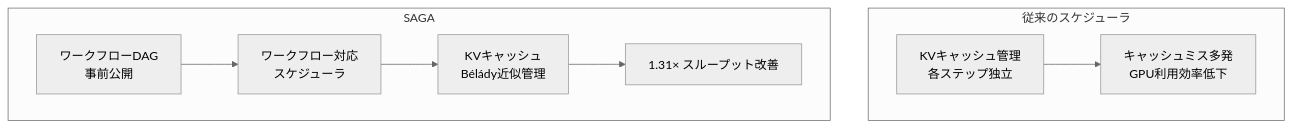
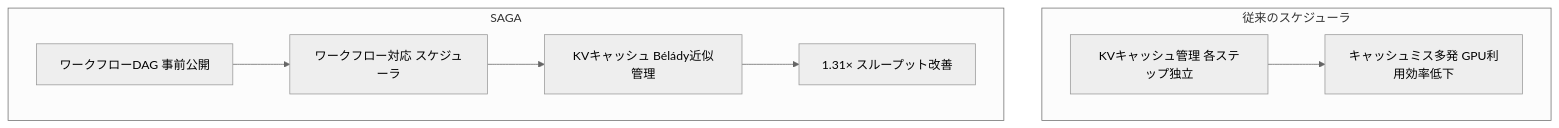
The fourth of 11 diagrams in report_2026-05-05.md (NaoyaKinoshita/llm-agent-digest), drawn with Mermaid (neutral theme) before and after one commit.

````diff
--- a/report_2026-05-05.md
+++ b/report_2026-05-05.md
@@ -158,13 +158,13 @@
 ```mermaid
 graph TD
     subgraph "従来のスケジューラ"
-        OLD[KVキャッシュ管理\n各ステップ独立]
-        OLD --> MISS[キャッシュミス多発\nGPU利用効率低下]
+        OLD[KVキャッシュ管理 各ステップ独立]
+        OLD --> MISS[キャッシュミス多発 GPU利用効率低下]
     end
     subgraph "SAGA"
-        DAG[ワークフローDAG\n事前公開]
-        DAG --> SCHED[ワークフロー対応\nスケジューラ]
-        SCHED --> CACHE[KVキャッシュ\nBélády近似管理]
+        DAG[ワークフローDAG 事前公開]
+        DAG --> SCHED[ワークフロー対応 スケジューラ]
+        SCHED --> CACHE[KVキャッシュ Bélády近似管理]
         CACHE --> PERF[1.31× スループット改善]
     end
 ```
````
